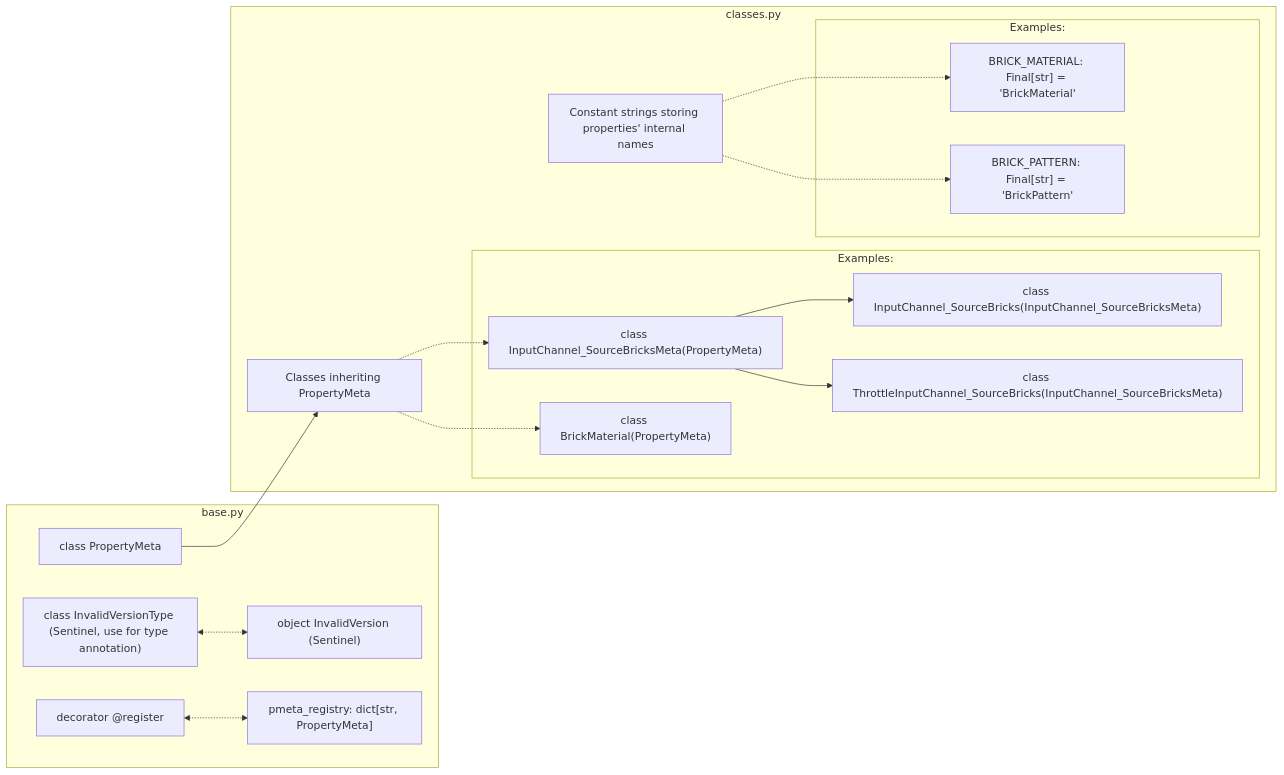
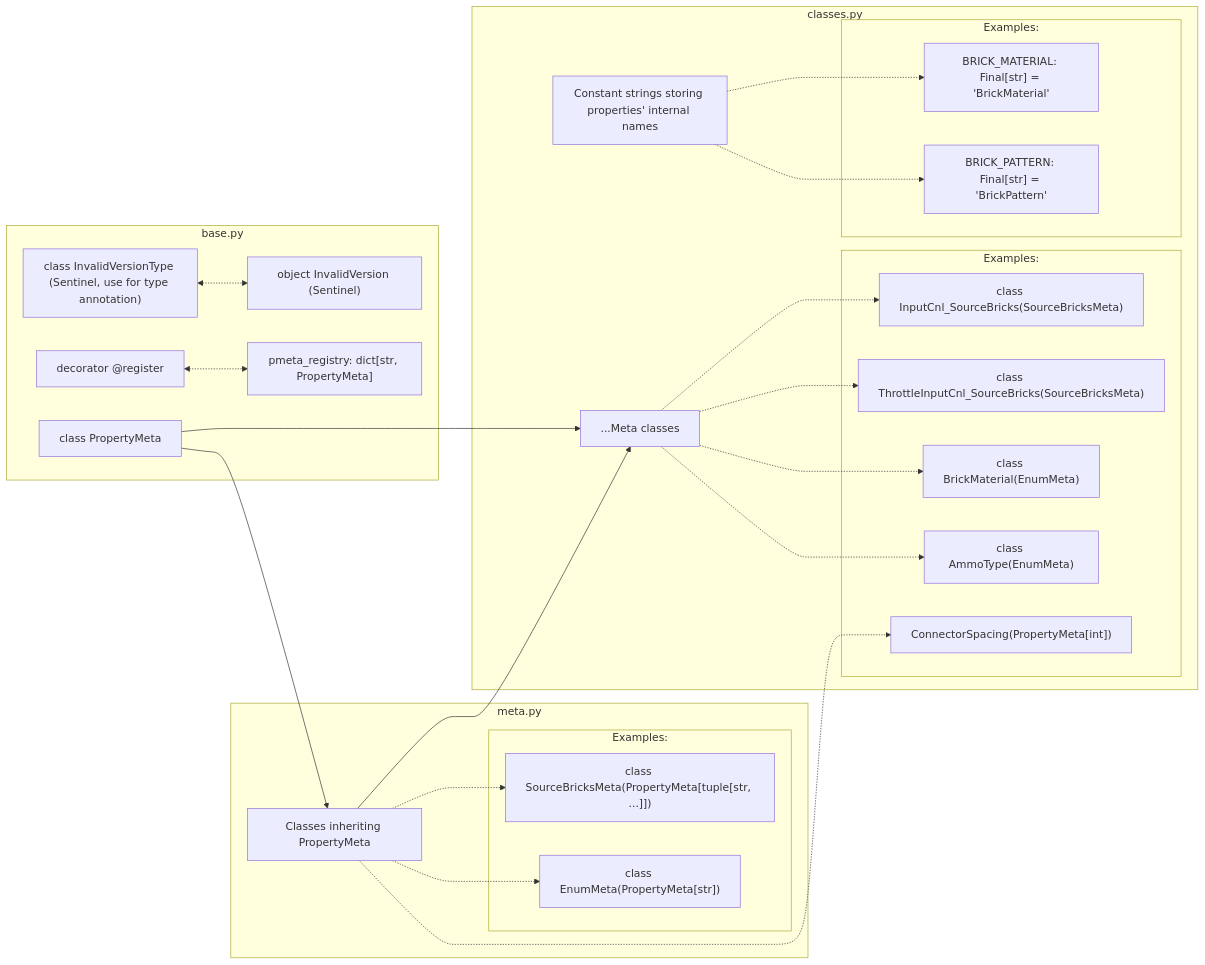
Before and after one commit to MrPerruche/BrickEdit: the diagram in doc/p.md, drawn with Mermaid. The commit also changed other lines of this file and 5 other files, not shown here.

````diff
--- a/doc/p.md
+++ b/doc/p.md
@@ -16,40 +16,57 @@
 ```mermaid
 flowchart LR
 
     subgraph BASE["base.py"]
     
         %% MAIN CLASS
-        META["class PropertyMeta"]
+        PMETA["class PropertyMeta"]
 
         %% SENTINEL
         INV["class InvalidVersionType (Sentinel, use for type annotation)"]
         INV_I["object InvalidVersion (Sentinel)"]
 
         REG["decorator @register"]
         REG_VAR["pmeta_registry: dict[str, PropertyMeta]"]
 
     end
+    subgraph META["meta.py"]
+        M_CLS["Classes inheriting PropertyMeta"]
+        subgraph METAE["Examples:"]
+            C_CLSE1["class SourceBricksMeta(PropertyMeta[tuple[str, ...]])"]
+            C_CLSE2["class EnumMeta(PropertyMeta[str])"]
+        end
+    end
     subgraph CLASSES["classes.py"]
-        C_CLS["Classes inheriting PropertyMeta"]
+        C_CLS["...Meta classes"]
         C_F["Constant strings storing properties' internal names"]
         subgraph C_CLSE["Examples:"]
-            C_CLSE1["class InputChannel_SourceBricksMeta(PropertyMeta)"]
-            C_CLSE1_1["class InputChannel_SourceBricks(InputChannel_SourceBricksMeta)"]
-            C_CLSE1_2["class ThrottleInputChannel_SourceBricks(InputChannel_SourceBricksMeta)"]
-            C_CLSE2["class BrickMaterial(PropertyMeta)"]
+            C_CLSE1_1["class InputCnl_SourceBricks(SourceBricksMeta)"]
+            C_CLSE1_2["class ThrottleInputCnl_SourceBricks(SourceBricksMeta)"]
+            C_CLSE2_1["class BrickMaterial(EnumMeta)"]
+            C_CLSE2_2["class AmmoType(EnumMeta)"]
+            C_CLSE3["ConnectorSpacing(PropertyMeta[int])"]
         end
         subgraph C_FE["Examples:"]
             C_FE1["BRICK_MATERIAL: Final[str] = 'BrickMaterial'"]
             C_FE2["BRICK_PATTERN: Final[str] = 'BrickPattern'"]
         end
     end
 
-    META --> C_CLS
+    PMETA --> C_CLS & M_CLS
+    M_CLS --> C_CLS
     REG <-.-> REG_VAR
 
-    C_CLS -.-> C_CLSE1 & C_CLSE2
-    C_CLSE1 --> C_CLSE1_1 & C_CLSE1_2
+    C_CLS -.-> C_CLSE1_1 & C_CLSE1_2 & C_CLSE2_1 & C_CLSE2_2 
     C_F -.-> C_FE1 & C_FE2
 
+    M_CLS -.-> C_CLSE1 & C_CLSE2 & C_CLSE3
+
     INV <-.-> INV_I
+
+    %% classDef cls_PMETA fill:#934
+    %% class PMETA cls_PMETA
+    %% classDef cls_MCLS fill:#a64
+    %% class M_CLS,C_CLSE1,C_CLSE2 cls_MCLS
+    %% classDef cls_iiCLS fill:#a84
+    %% class C_CLS,C_CLSE1_1,C_CLSE1_2,C_CLSE2_1,C_CLSE2_2,C_CLSE3 cls_iiCLS
 ```
````
